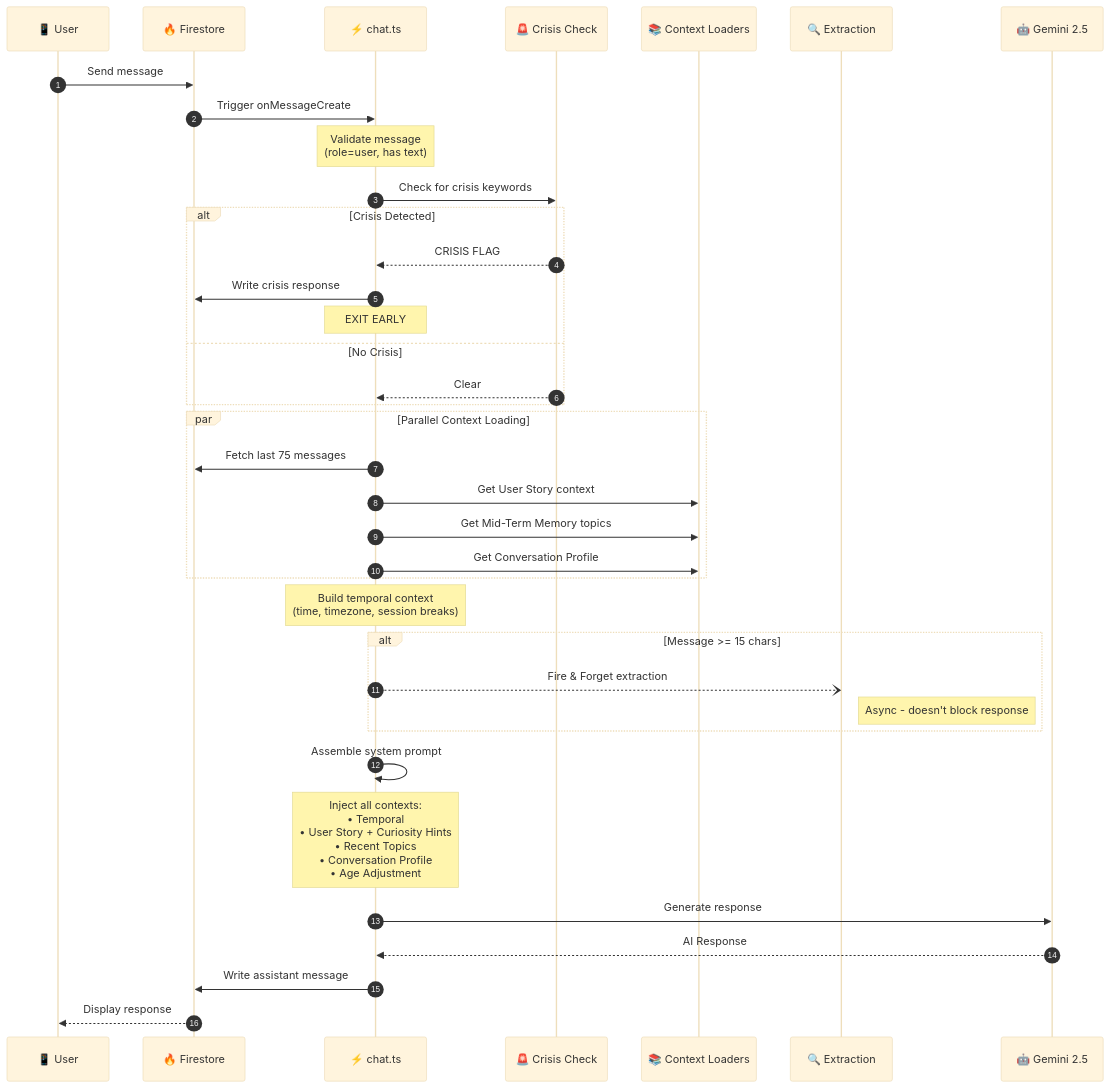
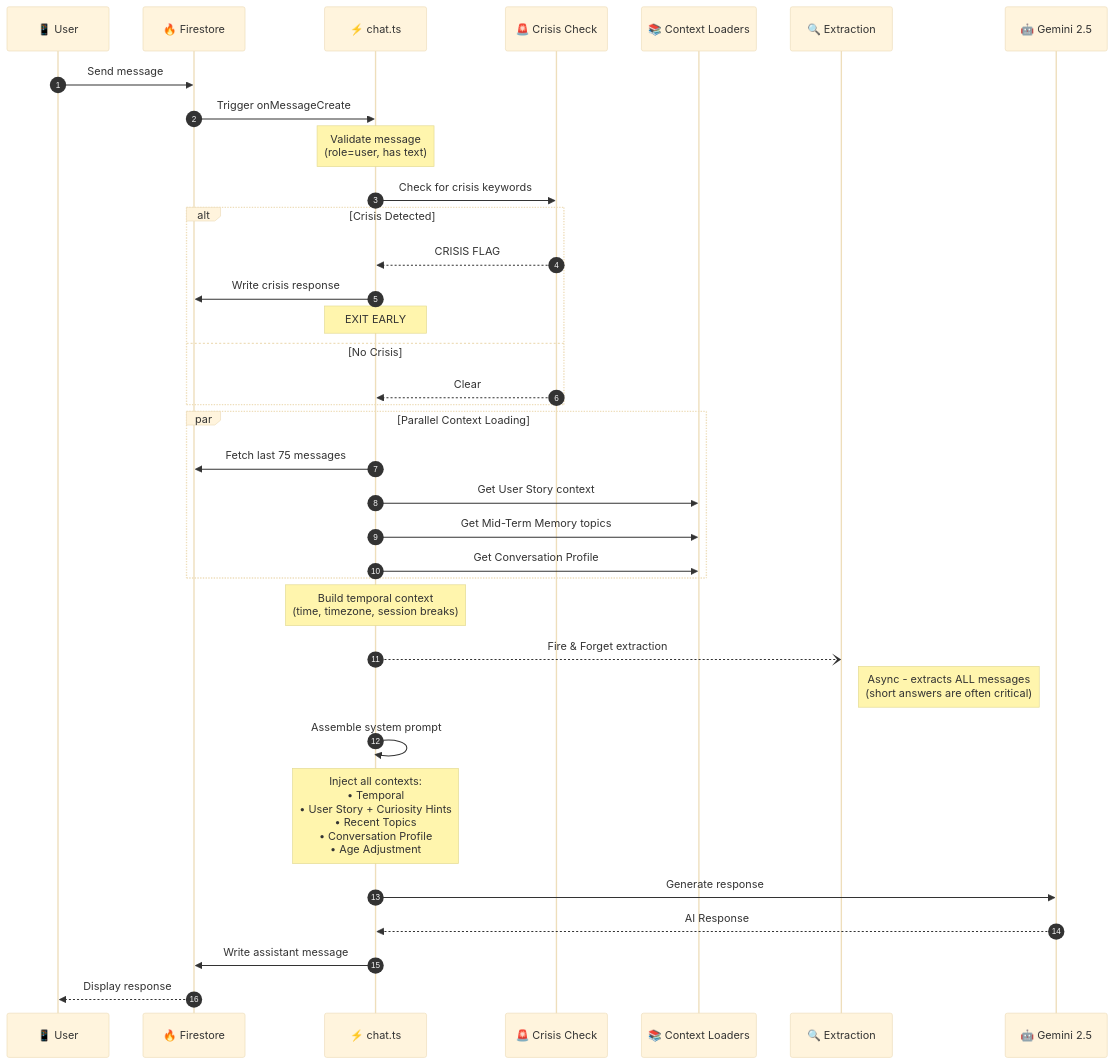
One commit to mulkatz/anchor changed the second of 23 diagrams in docs/04-features/chat-system-architecture.md. Above: the diagram before and after it, drawn with Mermaid (base theme). The commit also changed other lines of this file and 1 other file, not shown here.

First line of the commit message:
docs: update extraction docs to reflect all-messages policy

````diff
--- a/docs/04-features/chat-system-architecture.md
+++ b/docs/04-features/chat-system-architecture.md
@@ -99,49 +99,47 @@
 ```mermaid
 sequenceDiagram
     autonumber
     participant User as 📱 User
     participant FS as 🔥 Firestore
     participant Chat as ⚡ chat.ts
     participant Crisis as 🚨 Crisis Check
     participant Context as 📚 Context Loaders
     participant Extract as 🔍 Extraction
     participant Gemini as 🤖 Gemini 2.5
 
     User->>FS: Send message
     FS->>Chat: Trigger onMessageCreate
 
     Note over Chat: Validate message<br/>(role=user, has text)
 
     Chat->>Crisis: Check for crisis keywords
 
     alt Crisis Detected
         Crisis-->>Chat: CRISIS FLAG
         Chat->>FS: Write crisis response
         Note over Chat: EXIT EARLY
     else No Crisis
         Crisis-->>Chat: Clear
     end
 
     par Parallel Context Loading
         Chat->>FS: Fetch last 75 messages
         Chat->>Context: Get User Story context
         Chat->>Context: Get Mid-Term Memory topics
         Chat->>Context: Get Conversation Profile
     end
 
     Note over Chat: Build temporal context<br/>(time, timezone, session breaks)
 
-    alt Message >= 15 chars
-        Chat--)Extract: Fire & Forget extraction
-        Note right of Extract: Async - doesn't block response
-    end
+    Chat--)Extract: Fire & Forget extraction
+    Note right of Extract: Async - extracts ALL messages<br/>(short answers are often critical)
 
     Chat->>Chat: Assemble system prompt
     Note over Chat: Inject all contexts:<br/>• Temporal<br/>• User Story + Curiosity Hints<br/>• Recent Topics<br/>• Conversation Profile<br/>• Age Adjustment
 
     Chat->>Gemini: Generate response
     Gemini-->>Chat: AI Response
 
     Chat->>FS: Write assistant message
     FS-->>User: Display response
 ```
````
